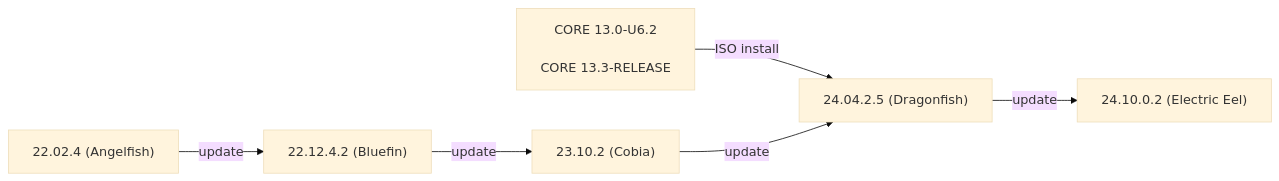
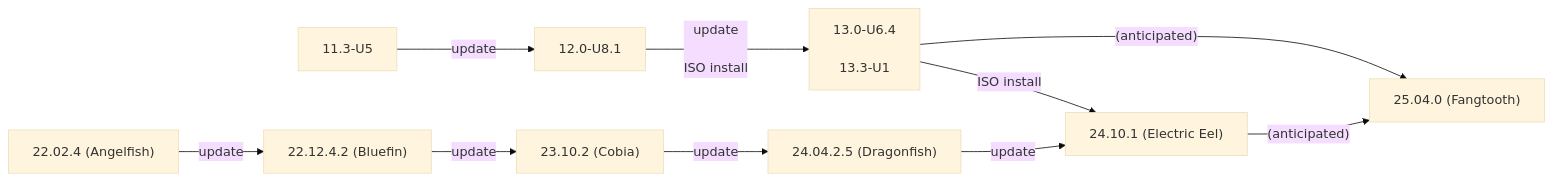
One commit to truenas/documentation changed the first of 2 diagrams in static/includes/SCALEUpgradePaths.md. Above: the diagram before and after it, drawn with Mermaid (base theme). The commit also changed other lines of this file and 9 other files, not shown here.

```diff
--- a/static/includes/SCALEUpgradePaths.md
+++ b/static/includes/SCALEUpgradePaths.md
@@ -49,9 +61,13 @@
           {{< mermaid class="mermaid_sizing" >}}
           flowchart LR
-            A["22.02.4 (Angelfish)"] -->|update| C
-            B["CORE 13.0-U6.2<br><br>CORE 13.3-RELEASE"] -->|ISO install| E
-            C["22.12.4.2 (Bluefin)"] -->|update| D
-            D["23.10.2 (Cobia)"] -->|update| E
-            E["24.04.2.5 (Dragonfish)"] -->|update| H
-            H["24.10.0.2 (Electric Eel)"]
+            A["11.3-U5"] -->|update| B["12.0-U8.1"]
+            B -->|"update<br><br>ISO install"| C["13.0-U6.4<br><br>13.3-U1"]
+            C -->|ISO install| H
+            C -->|"(anticipated)"| I
+            D["22.02.4 (Angelfish)"] -->|update| E
+            E["22.12.4.2 (Bluefin)"] -->|update| F
+            F["23.10.2 (Cobia)"] -->|update| G
+            G["24.04.2.5 (Dragonfish)"] -->|update| H
+            H["24.10.1 (Electric Eel)"] -->|"(anticipated)"| I
+            I["25.04.0 (Fangtooth)"]
           {{< /mermaid >}}
```
